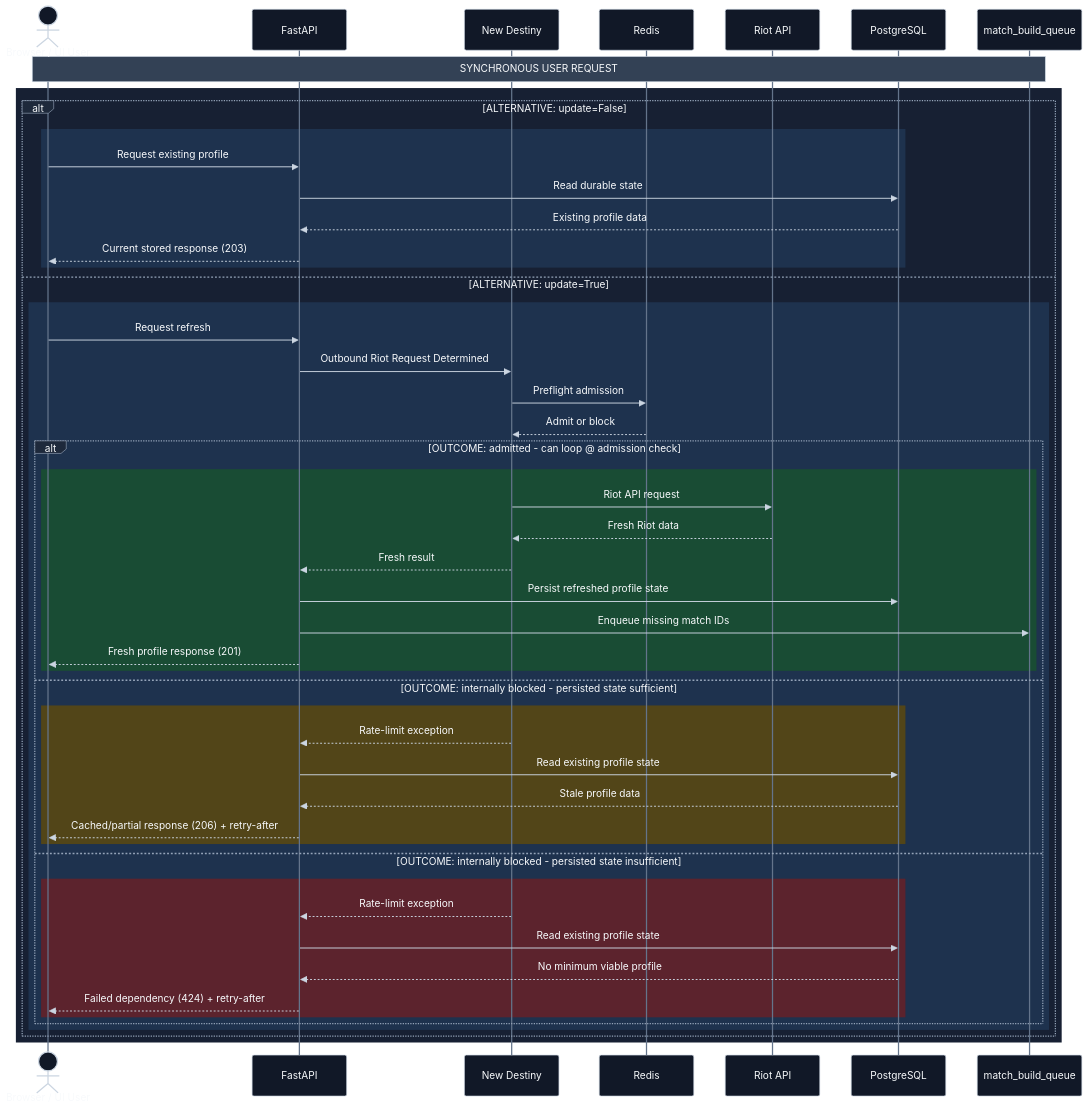
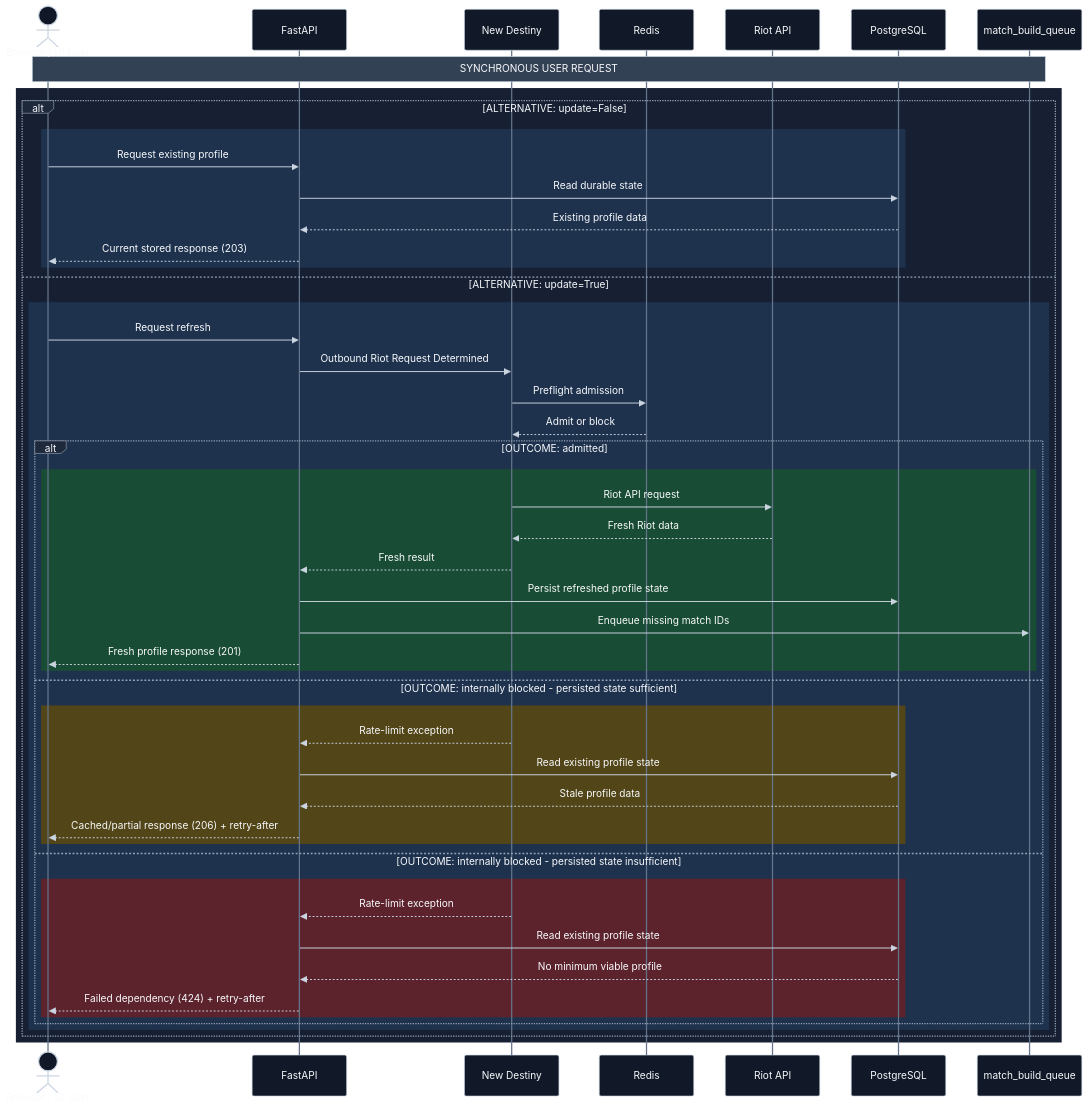
The fourth of 8 diagrams in docs/backend-runtime.md (winrates-gg/wrgg-public-documentation), drawn with Mermaid before and after one commit. The commit also changed other lines of this file, not shown here.

Commit message:
Tightend up background processing process flow diagrams

````diff
--- a/docs/backend-runtime.md
+++ b/docs/backend-runtime.md
@@ -222,55 +225,55 @@
 ```mermaid
 %%{init: {"theme": "base", "themeVariables": {"background": "#0f172a", "primaryColor": "#172033", "primaryTextColor": "#f8fafc", "primaryBorderColor": "#94a3b8", "lineColor": "#cbd5e1", "actorBkg": "#111827", "actorBorder": "#cbd5e1", "actorTextColor": "#f8fafc", "actorLineColor": "#64748b", "signalColor": "#cbd5e1", "signalTextColor": "#f8fafc", "labelBoxBkgColor": "#1e293b", "labelBoxBorderColor": "#94a3b8", "labelTextColor": "#f8fafc", "noteBkgColor": "#334155", "noteBorderColor": "#cbd5e1", "noteTextColor": "#f8fafc"}}}%%
 sequenceDiagram
     actor User as Browser / UI User
     participant API as FastAPI
     participant ND as New Destiny
     participant Redis as Redis
     participant Riot as Riot API
     participant DB as PostgreSQL
     participant Queue as match_build_queue
 
     Note over User,Queue: SYNCHRONOUS USER REQUEST
     rect rgb(23, 32, 51)
         alt ALTERNATIVE: update=False
             rect rgb(30, 50, 78)
                 User->>API: Request existing profile
                 API->>DB: Read durable state
                 DB-->>API: Existing profile data
                 API-->>User: Current stored response (203)
             end
         else ALTERNATIVE: update=True
             rect rgb(30, 50, 78)
                 User->>API: Request refresh
                 API->>ND: Outbound Riot Request Determined
                 ND->>Redis: Preflight admission
                 Redis-->>ND: Admit or block
 
-                alt OUTCOME: admitted - can loop @ admission check
+                alt OUTCOME: admitted
                     rect rgb(25, 76, 52)
                         ND->>Riot: Riot API request
                         Riot-->>ND: Fresh Riot data
                         ND-->>API: Fresh result
                         API->>DB: Persist refreshed profile state
                         API->>Queue: Enqueue missing match IDs
                         API-->>User: Fresh profile response (201)
                     end
                 else OUTCOME: internally blocked - persisted state sufficient
                     rect rgb(82, 69, 24)
                         ND-->>API: Rate-limit exception
                         API->>DB: Read existing profile state
                         DB-->>API: Stale profile data
                         API-->>User: Cached/partial response (206) + retry-after
                     end
                 else OUTCOME: internally blocked - persisted state insufficient
                     rect rgb(92, 35, 45)
                         ND-->>API: Rate-limit exception
                         API->>DB: Read existing profile state
                         DB-->>API: No minimum viable profile
                         API-->>User: Failed dependency (424) + retry-after
                     end
                 end
             end
         end
     end
 ```
````
